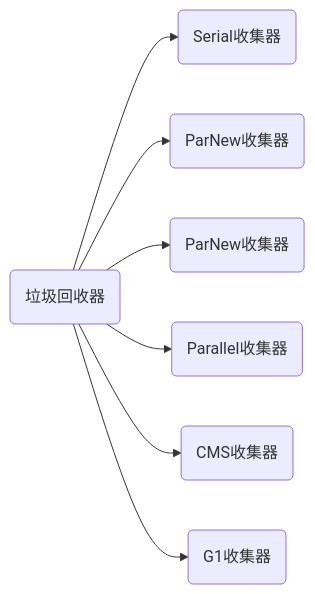
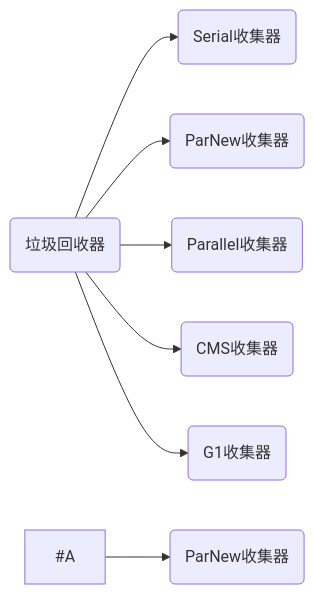
The diagram in jvm/7_垃圾回收器.md (huan415/JavaYang), drawn with Mermaid before and after one commit. The commit also changed other lines of this file and 8 other files, not shown here.

````diff
--- a/jvm/7_垃圾回收器.md
+++ b/jvm/7_垃圾回收器.md
@@ -3,9 +3,9 @@
 ```mermaid
 graph LR
 A("垃圾回收器")-->B("Serial收集器")
 A -->C("ParNew收集器")
-A -->D("ParNew收集器")
+#A -->D("ParNew收集器")
 A -->E("Parallel收集器")
 A -->F("CMS收集器")
 A -->G("G1收集器")
 ```
````
